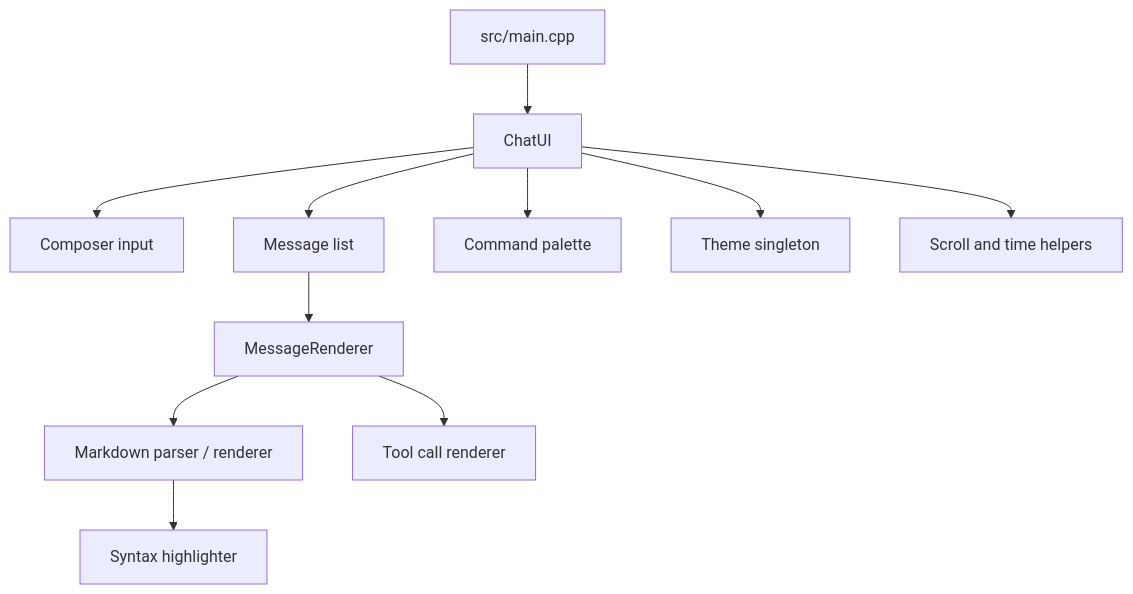
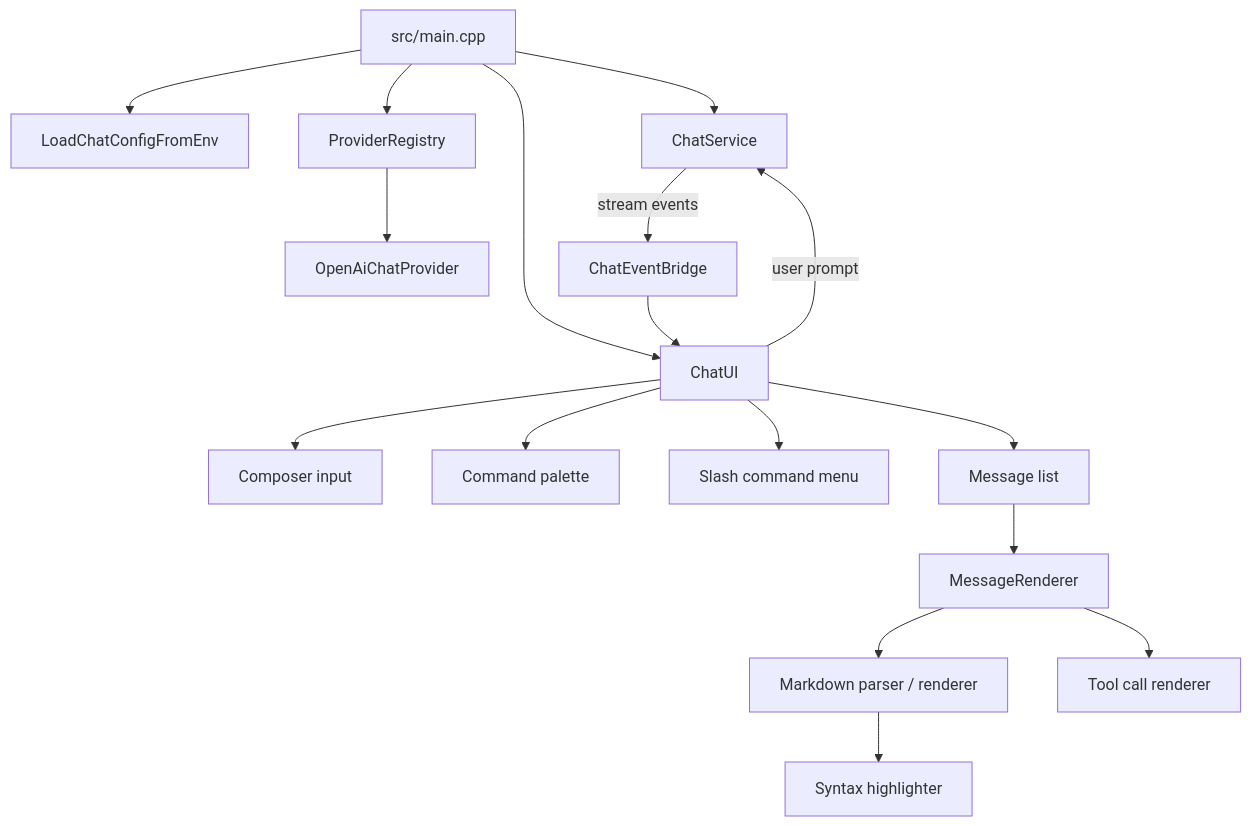
The diagram in README.md (anhydrous99/YAC), drawn with Mermaid before and after one commit. The commit also changed other lines of this file and 3 other files, not shown here.

````diff
--- a/README.md
+++ b/README.md
@@ -119,13 +162,19 @@
 ```mermaid
 flowchart TD
-  Main[src/main.cpp] --> ChatUI[ChatUI]
+  Main[src/main.cpp] --> Config[LoadChatConfigFromEnv]
+  Main --> Registry[ProviderRegistry]
+  Registry --> OpenAI[OpenAiChatProvider]
+  Main --> ChatService[ChatService]
+  Main --> ChatUI[ChatUI]
+  ChatUI -- user prompt --> ChatService
+  ChatService -- stream events --> Bridge[ChatEventBridge]
+  Bridge --> ChatUI
   ChatUI --> Composer[Composer input]
+  ChatUI --> Palette[Command palette]
+  ChatUI --> SlashMenu[Slash command menu]
   ChatUI --> Transcript[Message list]
-  ChatUI --> Palette[Command palette]
   Transcript --> Renderer[MessageRenderer]
   Renderer --> Markdown[Markdown parser / renderer]
   Renderer --> ToolCalls[Tool call renderer]
   Markdown --> Highlighter[Syntax highlighter]
-  ChatUI --> Theme[Theme singleton]
-  ChatUI --> Utils[Scroll and time helpers]
 ```
````
